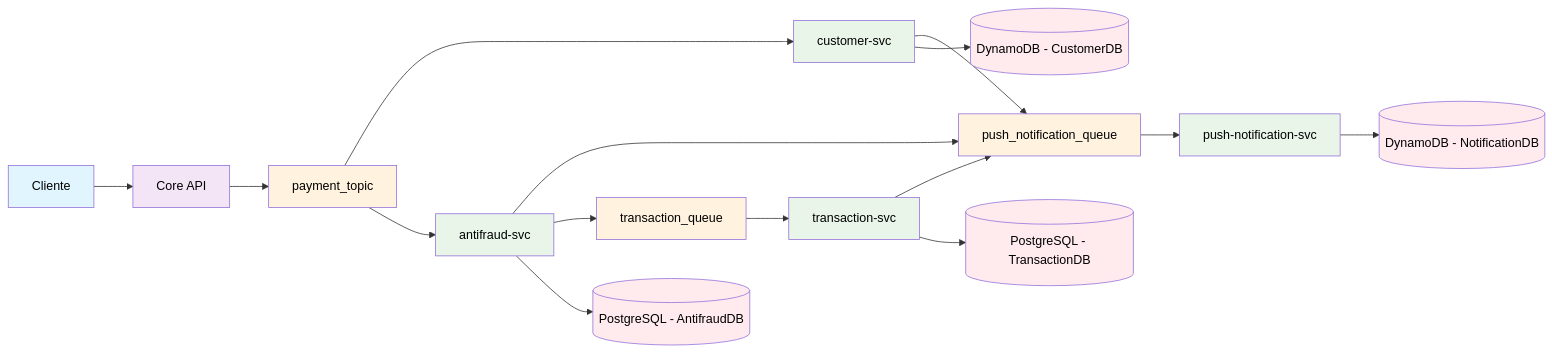
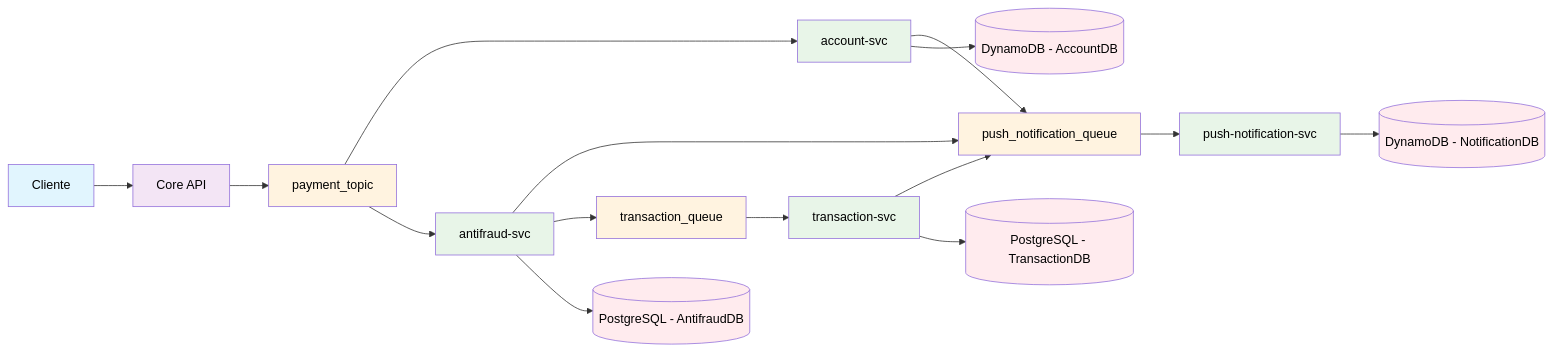
One commit to dasilvaoscar/concurrency-simulator changed the diagram in README.md. Above: the diagram before and after it, drawn with Mermaid.

````diff
--- a/README.md
+++ b/README.md
@@ -14,39 +14,39 @@
 ```mermaid
 flowchart LR
     Client[Cliente] --> CoreAPI[Core API]
     CoreAPI --> PaymentTopic[payment_topic]
     
-    PaymentTopic --> CustomerSvc[customer-svc]
+    PaymentTopic --> AccountSvc[account-svc]
     PaymentTopic --> AntifraudSvc[antifraud-svc]
     
-    CustomerSvc --> PushNotificationQueue[push_notification_queue]
+    AccountSvc --> PushNotificationQueue[push_notification_queue]
     AntifraudSvc --> PushNotificationQueue
     AntifraudSvc --> TransactionQueue[transaction_queue]
     
     TransactionQueue --> TransactionSvc[transaction-svc]
     TransactionSvc --> PushNotificationQueue
     PushNotificationQueue --> NotificationSvc[push-notification-svc]
     
-    CustomerSvc --> CustomerDB[(DynamoDB - CustomerDB)]
+    AccountSvc --> AccountDB[(DynamoDB - AccountDB)]
     NotificationSvc --> NotificationDB[(DynamoDB - NotificationDB)]
     AntifraudSvc --> AntifraudDB[(PostgreSQL - AntifraudDB)]
     TransactionSvc --> TransactionDB[(PostgreSQL - TransactionDB)]
     
     style Client fill:#e1f5fe,color:#000000
     style CoreAPI fill:#f3e5f5,color:#000000
     
     style PaymentTopic fill:#fff3e0,color:#000000
 
-    style CustomerSvc fill:#e8f5e8,color:#000000
+    style AccountSvc fill:#e8f5e8,color:#000000
     style AntifraudSvc fill:#e8f5e8,color:#000000
     style TransactionSvc fill:#e8f5e8,color:#000000
     style NotificationSvc fill:#e8f5e8,color:#000000
     
     style PushNotificationQueue fill:#fff3e0,color:#000000
     style TransactionQueue fill:#fff3e0,color:#000000
 
-    style CustomerDB fill:#ffebee,color:#000000
+    style AccountDB fill:#ffebee,color:#000000
     style NotificationDB fill:#ffebee,color:#000000
     style AntifraudDB fill:#ffebee,color:#000000
     style TransactionDB fill:#ffebee,color:#000000
 ```
````
